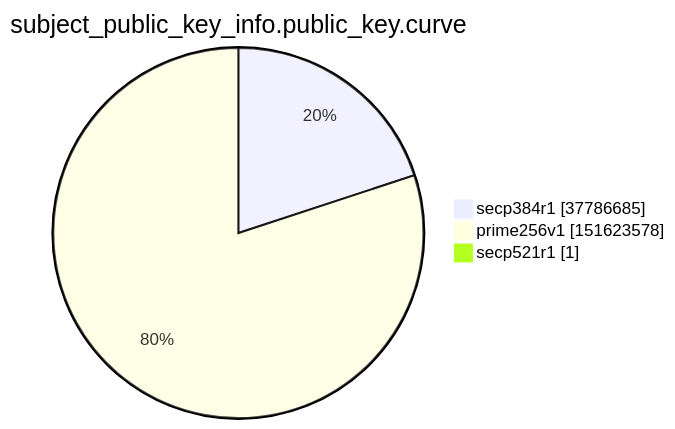
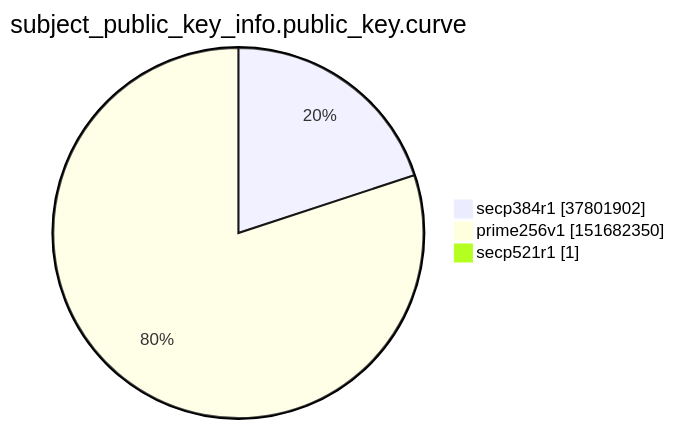
The ninth of 15 diagrams in xenon2022/README.md (christiankrug/ctmonitor_visualization), drawn with Mermaid before and after one commit. The commit also changed other lines of this file, not shown here.

````diff
--- a/xenon2022/README.md
+++ b/xenon2022/README.md
@@ -2860,7 +2860,7 @@
 ```mermaid
 pie showData
 title subject_public_key_info.public_key.curve
-"secp384r1" :37786685
-"prime256v1" :151623578
+"secp384r1" :37801902
+"prime256v1" :151682350
 "secp521r1" :1
 ```
````
